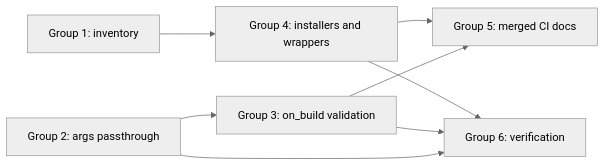
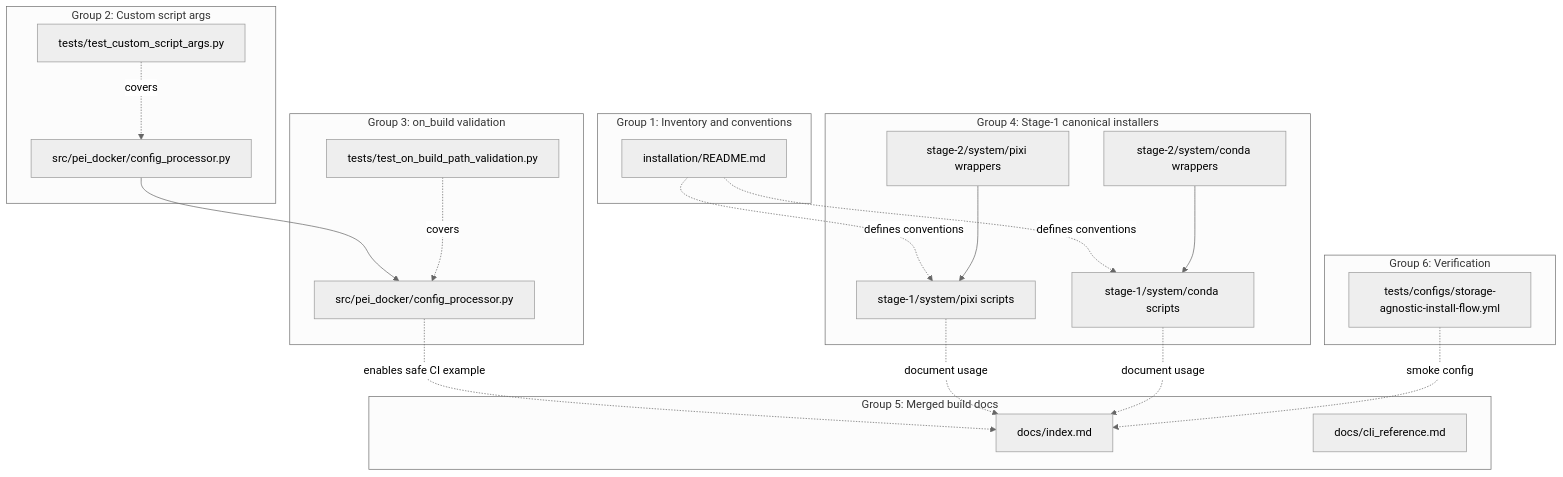
Before and after one commit to igamenovoer/PeiDocker: the second of 5 diagrams in openspec/changes/storage-agnostic-install-scripts/impl-guides/impl-integrate-groups.md, drawn with Mermaid (neutral theme). The commit also changed other lines of this file and 7 other files, not shown here.

Commit message:
docs: finalize storage-agnostic OpenSpec docs

````diff
--- a/openspec/changes/storage-agnostic-install-scripts/impl-guides/impl-integrate-groups.md
+++ b/openspec/changes/storage-agnostic-install-scripts/impl-guides/impl-integrate-groups.md
@@ -58,10 +44,48 @@
 ```mermaid
-graph LR
-  G1[Group 1: inventory] --> G4[Group 4: installers and wrappers];
-  G2[Group 2: args passthrough] --> G3[Group 3: on_build validation];
-  G3 --> G5[Group 5: merged CI docs];
-  G4 --> G5;
-  G2 --> G6[Group 6: verification];
-  G3 --> G6;
-  G4 --> G6;
+graph TD
+    subgraph G1["Group 1: Inventory and conventions"]
+        G1D1[installation/README.md];
+    end
+
+    subgraph G2["Group 2: Custom script args"]
+        G2C1[src/pei_docker/config_processor.py];
+        G2T1[tests/test_custom_script_args.py];
+    end
+
+    subgraph G3["Group 3: on_build validation"]
+        G3C1[src/pei_docker/config_processor.py];
+        G3T1[tests/test_on_build_path_validation.py];
+    end
+
+    subgraph G4["Group 4: Stage-1 canonical installers"]
+        G4S1[stage-1/system/pixi scripts];
+        G4S2[stage-1/system/conda scripts];
+        G4W1[stage-2/system/pixi wrappers];
+        G4W2[stage-2/system/conda wrappers];
+    end
+
+    subgraph G5["Group 5: Merged build docs"]
+        G5D1[docs/index.md];
+        G5D2[docs/cli_reference.md];
+    end
+
+    subgraph G6["Group 6: Verification"]
+        G6X1[tests/configs/storage-agnostic-install-flow.yml];
+    end
+
+    G1D1 -.->|defines conventions| G4S1;
+    G1D1 -.->|defines conventions| G4S2;
+
+    G2C1 --> G3C1;
+    G2T1 -.->|covers| G2C1;
+    G3T1 -.->|covers| G3C1;
+
+    G4W1 --> G4S1;
+    G4W2 --> G4S2;
+
+    G3C1 -.->|enables safe CI example| G5D1;
+    G4S1 -.->|document usage| G5D1;
+    G4S2 -.->|document usage| G5D1;
+
+    G6X1 -.->|smoke config| G5D1;
 ```
````
